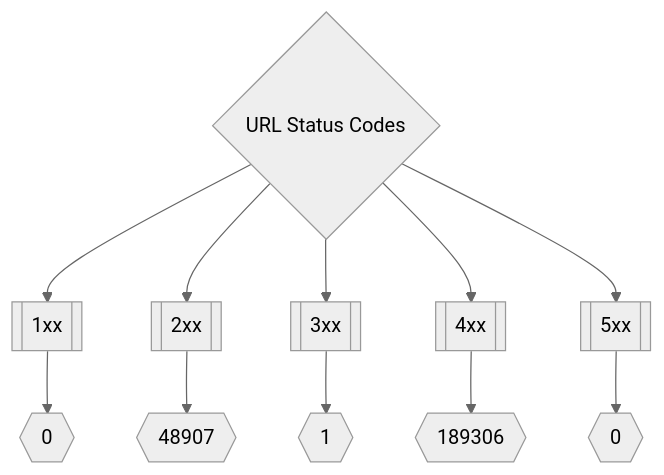
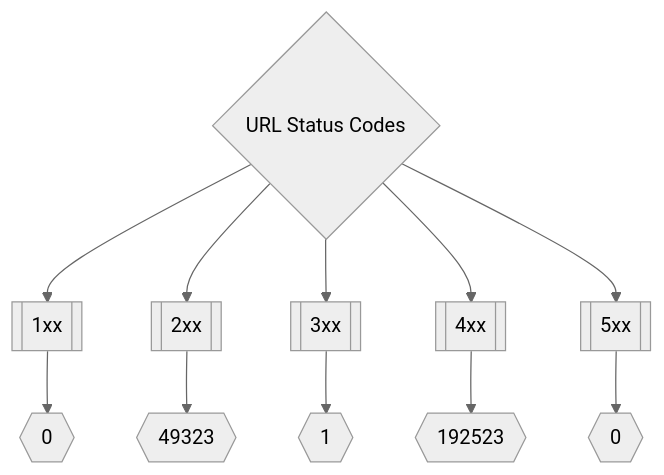
Before and after one commit to trickest/inventory: the second of 3 diagrams in README.md, drawn with Mermaid (neutral theme). The commit also changed other lines of this file and 147 other files, not shown here.

````diff
--- a/README.md
+++ b/README.md
@@ -173,8 +173,8 @@
 ```mermaid
 graph TD
 title{URL Status Codes} --> 1xx[[1xx]] --> status1xxNum{{0}}
-title --> 2xx[[2xx]] --> status2xxNum{{48907}}
+title --> 2xx[[2xx]] --> status2xxNum{{49323}}
 title --> 3xx[[3xx]] --> status3xxNum{{1}}
-title --> 4xx[[4xx]] --> status4xxNum{{189306}}
+title --> 4xx[[4xx]] --> status4xxNum{{192523}}
 title --> 5xx[[5xx]] --> status5xxNum{{0}}
 ```
````
